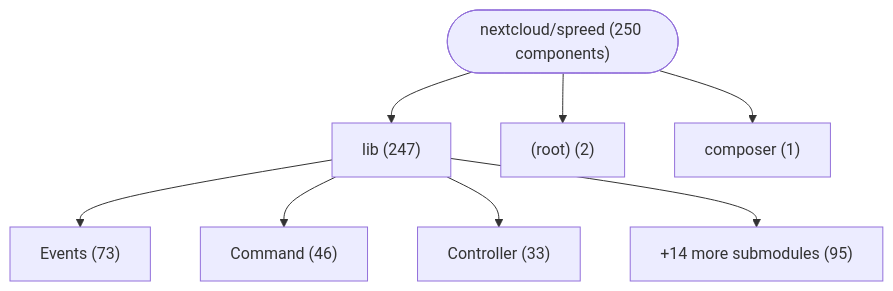
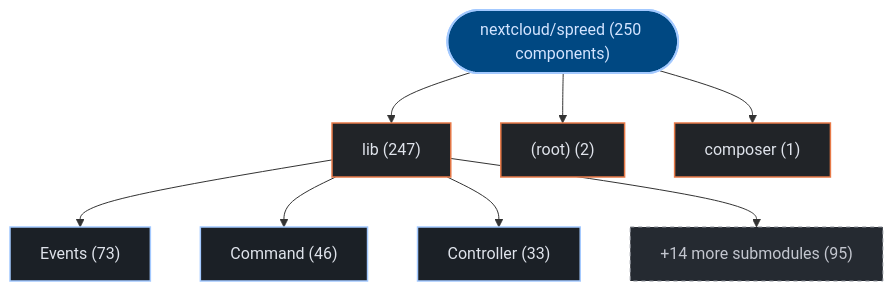
One commit to kumarshaz/atruss-code-atlas changed the first of 2 diagrams in exports/latest/reports/nextcloud-spreed-report.md. Above: the diagram before and after it, drawn with Mermaid. The commit also changed other lines of this file and 331 other files, not shown here.

Commit message:
docs,ui,fix: update SDLC docs, reorder CI/CD DAG first, stylize Mermaid, and fix Arc42 pipeline topology

````diff
--- a/exports/latest/reports/nextcloud-spreed-report.md
+++ b/exports/latest/reports/nextcloud-spreed-report.md
@@ -42,18 +42,25 @@
 ```mermaid
 graph TD;
-    repo_root(["nextcloud/spreed (250 components)"])
-    dir_0_lib["lib (247)"]
+  classDef atlasRoot fill:#004882,stroke:#a3c9ff,stroke-width:2px,color:#d3e4ff
+  classDef atlasCategory fill:#212428,stroke:#E87A48,stroke-width:1.5px,color:#dfe3eb
+  classDef atlasWorkflow fill:#1b2026,stroke:#a3c9ff,stroke-width:1.5px,color:#dfe3eb
+  classDef atlasJob fill:#171c22,stroke:#8d9199,stroke-width:1px,color:#dfe3eb
+  classDef atlasTarget fill:#005227,stroke:#8bd99b,stroke-width:1.5px,color:#a7f6b6
+  classDef atlasAlert fill:#93000a,stroke:#ffb4ab,stroke-width:1.5px,color:#ffdad6
+  classDef atlasMore fill:#252a31,stroke:#8d9199,stroke-dasharray:4 4,color:#c3c6cf
+    repo_root(["nextcloud/spreed (250 components)"]):::atlasRoot
+    dir_0_lib["lib (247)"]:::atlasCategory
     repo_root --> dir_0_lib
-    sub_0_0_Events["Events (73)"]
+    sub_0_0_Events["Events (73)"]:::atlasWorkflow
     dir_0_lib --> sub_0_0_Events
-    sub_0_1_Command["Command (46)"]
+    sub_0_1_Command["Command (46)"]:::atlasWorkflow
     dir_0_lib --> sub_0_1_Command
-    sub_0_2_Controller["Controller (33)"]
+    sub_0_2_Controller["Controller (33)"]:::atlasWorkflow
     dir_0_lib --> sub_0_2_Controller
-    sub_0_more["+14 more submodules (95)"]
+    sub_0_more["+14 more submodules (95)"]:::atlasMore
     dir_0_lib --> sub_0_more
-    dir_1__root_["(root) (2)"]
+    dir_1__root_["(root) (2)"]:::atlasCategory
     repo_root --> dir_1__root_
-    dir_2_composer["composer (1)"]
+    dir_2_composer["composer (1)"]:::atlasCategory
     repo_root --> dir_2_composer
 ```
````
